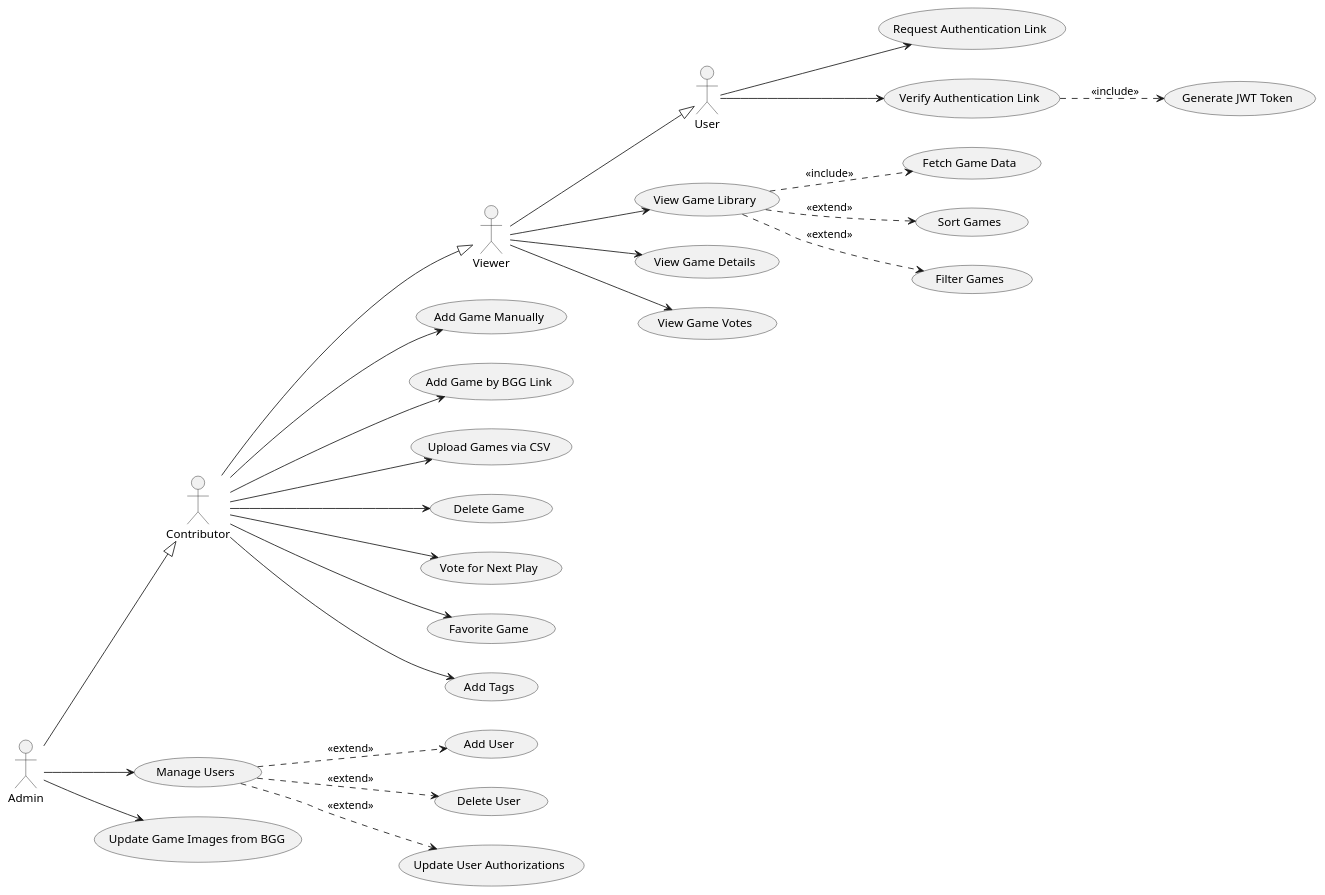
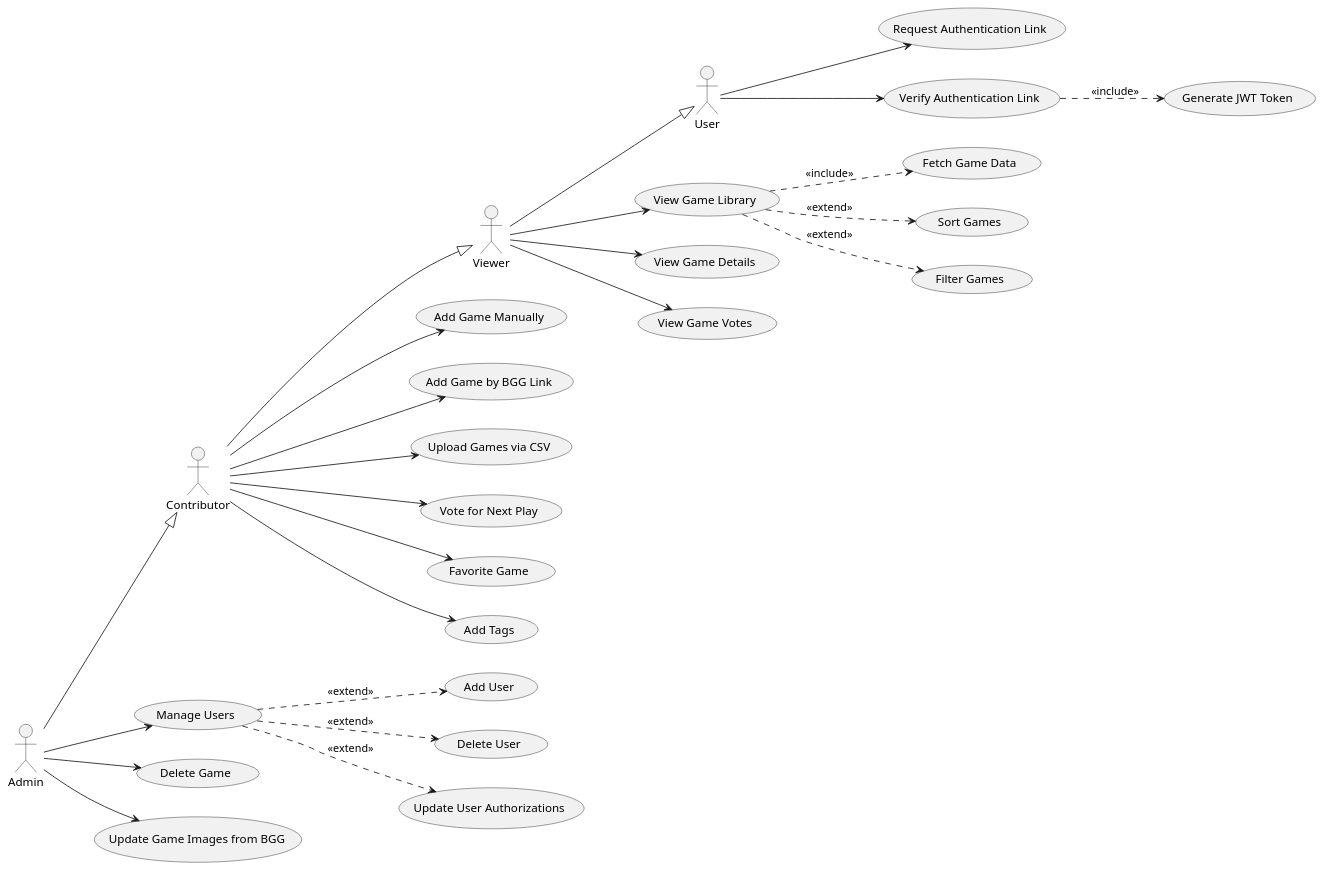
The first of 6 diagrams in Game Group Site.md (leshmark/gamegroup), drawn with PlantUML before and after one commit. The commit also changed other lines of this file and 4 other files, not shown here.

````diff
--- a/Game Group Site.md
+++ b/Game Group Site.md
@@ -69,52 +69,52 @@
 ```plantuml
 @startuml
 left to right direction
 
 ' Actors with inheritance
 actor User
 actor Viewer
 actor Contributor
 actor Admin
 
 Viewer --|> User
 Contributor --|> Viewer
 Admin --|> Contributor
 
 ' Authentication Use Cases (all users)
 User --> (Request Authentication Link)
 User --> (Verify Authentication Link)
 (Verify Authentication Link) ..> (Generate JWT Token) : <<include>>
 
 ' Game Library Viewing (Viewer+)
 Viewer --> (View Game Library)
 (View Game Library) ..> (Fetch Game Data) : <<include>>
 (View Game Library) ..> (Sort Games) : <<extend>>
 (View Game Library) ..> (Filter Games) : <<extend>>
 Viewer --> (View Game Details)
 Viewer --> (View Game Votes)
 
 ' Game Management (Contributor+)
 Contributor --> (Add Game Manually)
 Contributor --> (Add Game by BGG Link)
 Contributor --> (Upload Games via CSV)
-Contributor --> (Delete Game)
 Contributor --> (Vote for Next Play)
 Contributor --> (Favorite Game)
 
 ' Admin Functions (Admin only)
 Admin --> (Manage Users)
+Admin --> (Delete Game)
 (Manage Users) ..> (Add User) : <<extend>>
 (Manage Users) ..> (Delete User) : <<extend>>
 (Manage Users) ..> (Update User Authorizations) : <<extend>>
 Admin --> (Update Game Images from BGG)
 
 ' Tag Management (planned)
 ' note right of (View Tags)
 '   Planned features
 '   not yet implemented
 ' end note
 ' Viewer --> (View Tags)
 Contributor --> (Add Tags)
 
 @enduml
 ```
````
